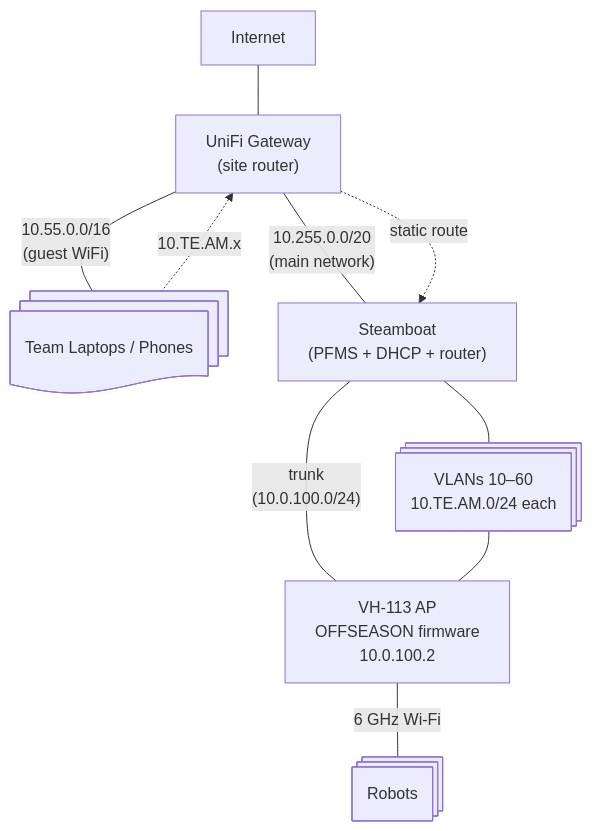
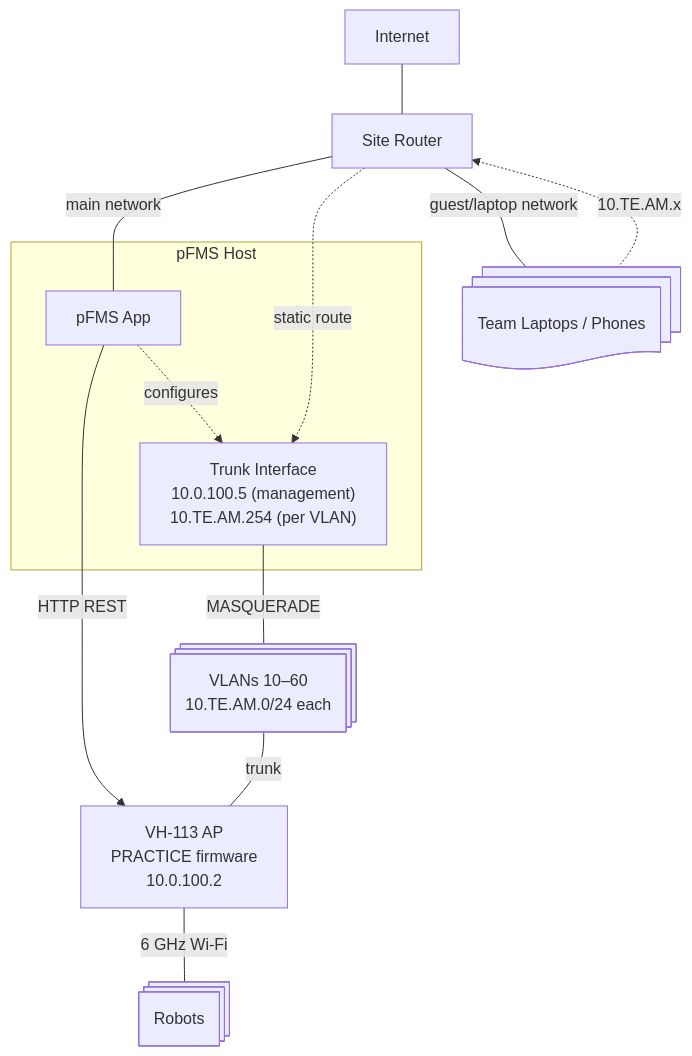
Before and after one commit to cinderblock/practice-field-wifi-configurator: the diagram in README.md, drawn with Mermaid. The commit also changed other lines of this file and 1 other file, not shown here.

````diff
--- a/README.md
+++ b/README.md
@@ -46,22 +56,26 @@
 ```mermaid
 graph TD
     Internet["Internet"]
-    UFG["UniFi Gateway<br/>(site router)"]
+    Router["Site Router"]
     Laptops@{ shape: docs, label: "Team Laptops / Phones"}
-    Steamboat["Steamboat<br/>(PFMS + DHCP + router)"]
-    AP["VH-113 AP<br/>OFFSEASON firmware<br/>10.0.100.2"]
+
+    subgraph pFMS["pFMS Host"]
+        APP["pFMS App"]
+        TRUNK["Trunk Interface<br/>10.0.100.5 (management)<br/>10.TE.AM.254 (per VLAN)"]
+        APP -. "configures" .-> TRUNK
+    end
+
+    AP["VH-113 AP<br/>PRACTICE firmware<br/>10.0.100.2"]
     Robots@{ shape: st-rect, label: "Robots"}
-
-    Internet --- UFG
-
-    UFG -- "10.255.0.0/20<br/>(main network)" --- Steamboat
-    UFG -- "10.55.0.0/16<br/>(guest WiFi)" --- Laptops
-
     VLANs@{ shape: st-rect, label: "VLANs 10–60<br/>10.TE.AM.0/24 each"}
 
-    Steamboat -- "trunk<br/>(10.0.100.0/24)" --- AP
-    Steamboat --- VLANs --- AP
+    Internet --- Router
+    Router -- "main network" --- APP
+
+    APP -- "HTTP REST" --> AP
+    TRUNK -- "MASQUERADE" --- VLANs -- "trunk" --- AP
     AP -- "6 GHz Wi-Fi" --- Robots
 
-    Laptops -. "10.TE.AM.x" .-> UFG -. "static route" .-> Steamboat
+    Laptops -. "10.TE.AM.x" .-> Router -. "static route" .-> TRUNK
+    Router -- "guest/laptop network" --- Laptops
 ```
````
